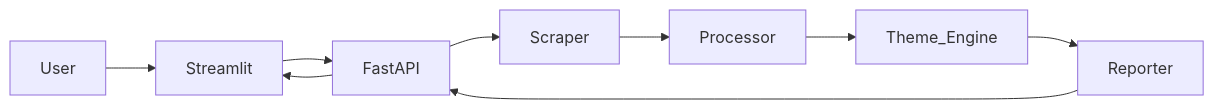
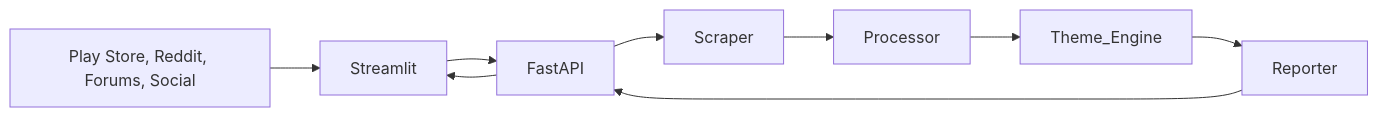
The diagram in README.md (vaishnavipasumarthi-spec/Spotify_ReviewAnalyser-), drawn with Mermaid before and after one commit. The commit also changed other lines of this file and 1 other file, not shown here.

Commit message:
Docs: Expanded architecture to include Reddit, Community Forums, and Social Media sources

````diff
--- a/README.md
+++ b/README.md
@@ -10,11 +10,11 @@
 ```mermaid
 graph LR
-    User --> Streamlit
+    Sources[Play Store, Reddit, Forums, Social] --> Streamlit
     Streamlit --> FastAPI
     FastAPI --> Scraper
     Scraper --> Processor
     Processor --> Theme_Engine
     Theme_Engine --> Reporter
     Reporter --> FastAPI
     FastAPI --> Streamlit
 ```
````
